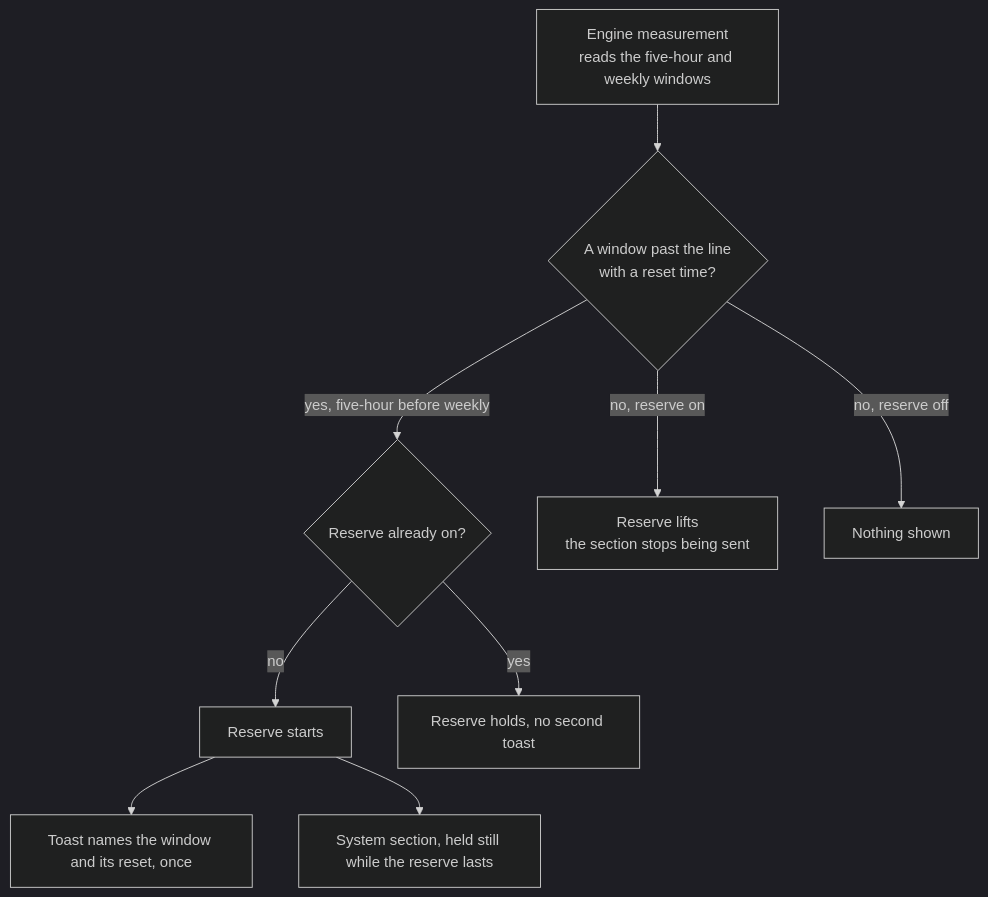
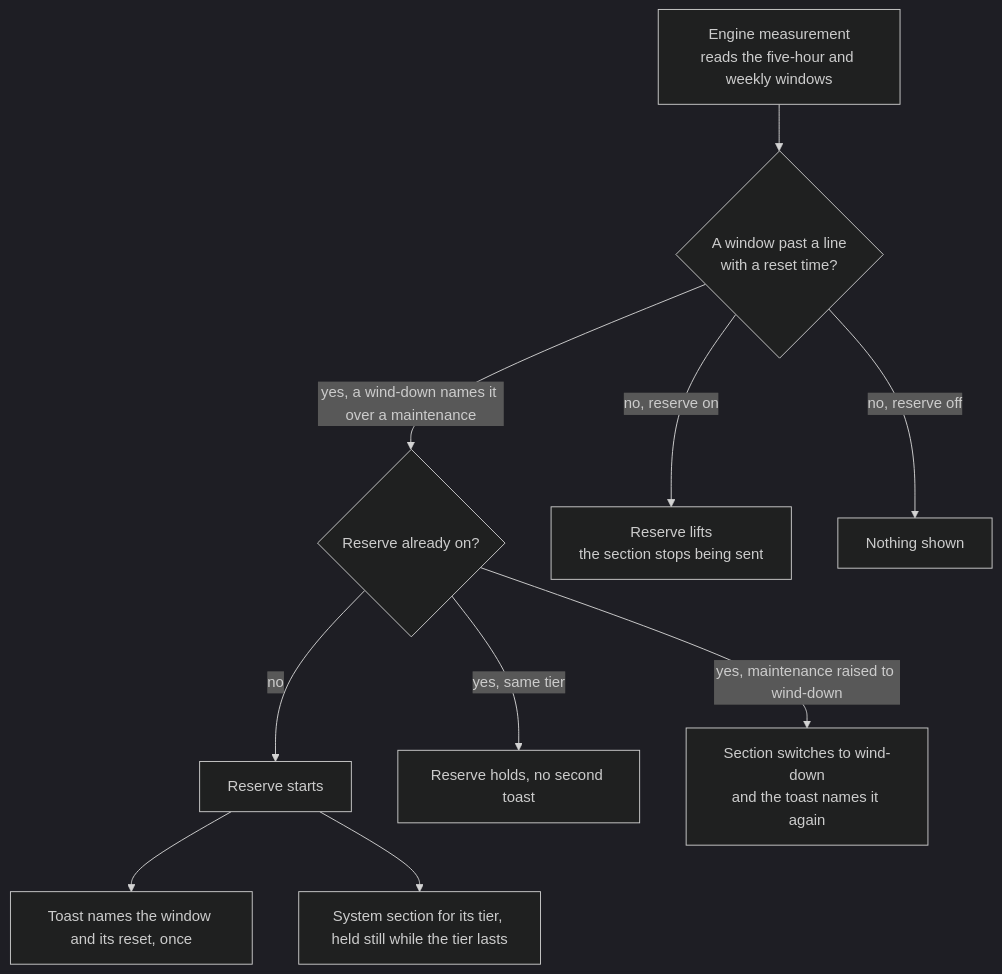
One commit to Esposter/Esposter changed the diagram in apps/web/content/docs/infra/claude-interface/genshin-mods/resin.md. Above: the diagram before and after it, drawn with Mermaid (dark theme). The commit also changed other lines of this file and 11 other files, not shown here.

First line of the commit message:
feat(genshin-mods): the usage reserve has a maintenance tier on the five-hour window, which hands the session cleanup on haiku before its wind-down at 97%, and the weekly window winds down at 90% with no maintenance

````diff
--- a/apps/web/content/docs/infra/claude-interface/genshin-mods/resin.md
+++ b/apps/web/content/docs/infra/claude-interface/genshin-mods/resin.md
@@ -35,11 +35,12 @@
 ```mermaid
 flowchart TD
-  M["Engine measurement<br/>reads the five-hour and weekly windows"] --> P{"A window past the line<br/>with a reset time?"}
-  P -->|yes, five-hour before weekly| Q{"Reserve already on?"}
+  M["Engine measurement<br/>reads the five-hour and weekly windows"] --> P{"A window past a line<br/>with a reset time?"}
+  P -->|yes, a wind-down names it over a maintenance| Q{"Reserve already on?"}
   Q -->|no| ON["Reserve starts"]
   ON --> T["Toast names the window and its reset, once"]
-  ON --> S["System section, held still while the reserve lasts"]
-  Q -->|yes| HOLD["Reserve holds, no second toast"]
+  ON --> S["System section for its tier, held still while the tier lasts"]
+  Q -->|yes, same tier| HOLD["Reserve holds, no second toast"]
+  Q -->|yes, maintenance raised to wind-down| UP["Section switches to wind-down<br/>and the toast names it again"]
   P -->|no, reserve on| OFF["Reserve lifts<br/>the section stops being sent"]
   P -->|no, reserve off| NONE["Nothing shown"]
 ```
````
